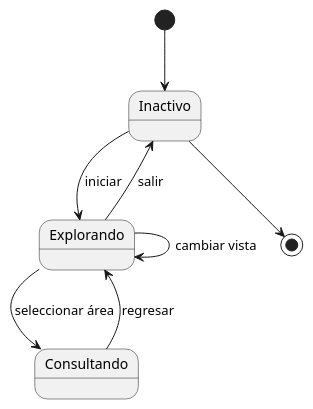
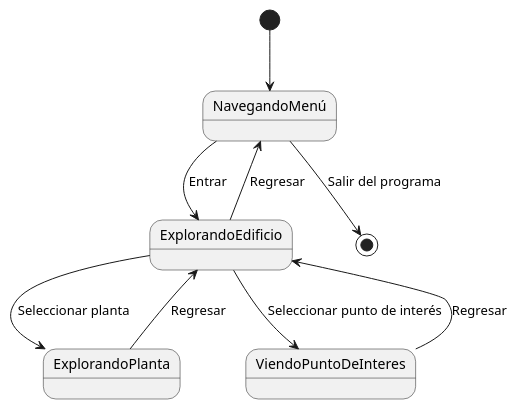
The diagram in documentos/modeloDeDominio/DiagramaDeEstados/diagramaDeEstados.puml (Camila-Lesly/25-26-idsw1-sdr), drawn with PlantUML before and after one commit. The commit also changed 3 other files, not shown here.

Commit message:
feat: adding object diagram for campus layout and updating state diagram

```diff
--- a/documentos/modeloDeDominio/DiagramaDeEstados/diagramaDeEstados.puml
+++ b/documentos/modeloDeDominio/DiagramaDeEstados/diagramaDeEstados.puml
@@ -1,13 +1,16 @@
 @startuml
 
-[*] --> Inactivo
+[*] --> NavegandoMenú
 
-Inactivo --> Explorando : iniciar
-Explorando --> Explorando : cambiar vista
-Explorando --> Consultando : seleccionar área
-Consultando --> Explorando : regresar
-Explorando --> Inactivo : salir
+NavegandoMenú --> ExplorandoEdificio : Entrar
+ExplorandoEdificio --> NavegandoMenú : Regresar
 
-Inactivo --> [*]
+ExplorandoEdificio --> ExplorandoPlanta : Seleccionar planta
+ExplorandoPlanta --> ExplorandoEdificio : Regresar
+
+ExplorandoEdificio --> ViendoPuntoDeInteres : Seleccionar punto de interés
+ViendoPuntoDeInteres --> ExplorandoEdificio : Regresar
+
+NavegandoMenú --> [*] : Salir del programa
 
 @enduml
```
